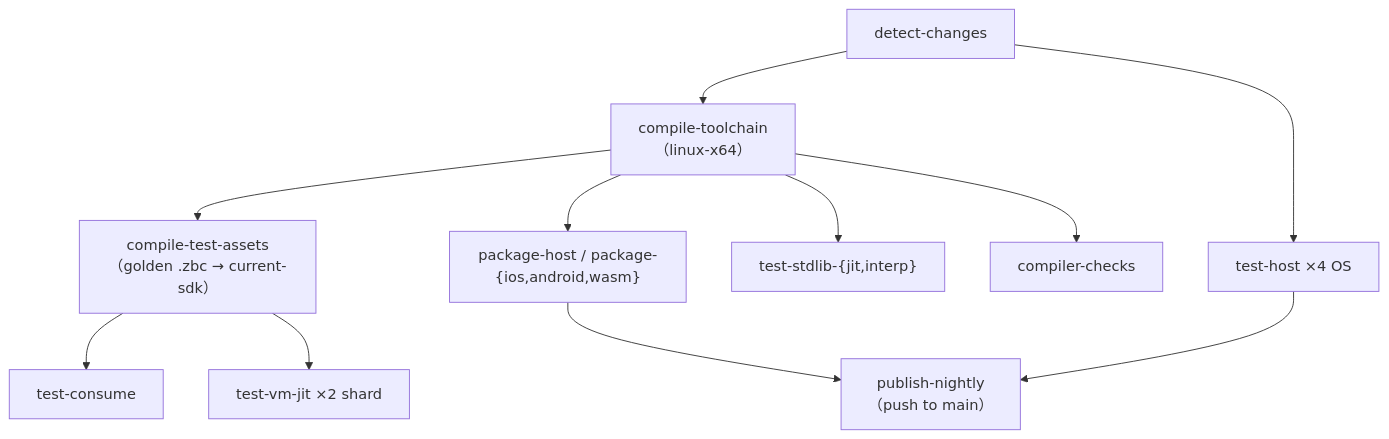
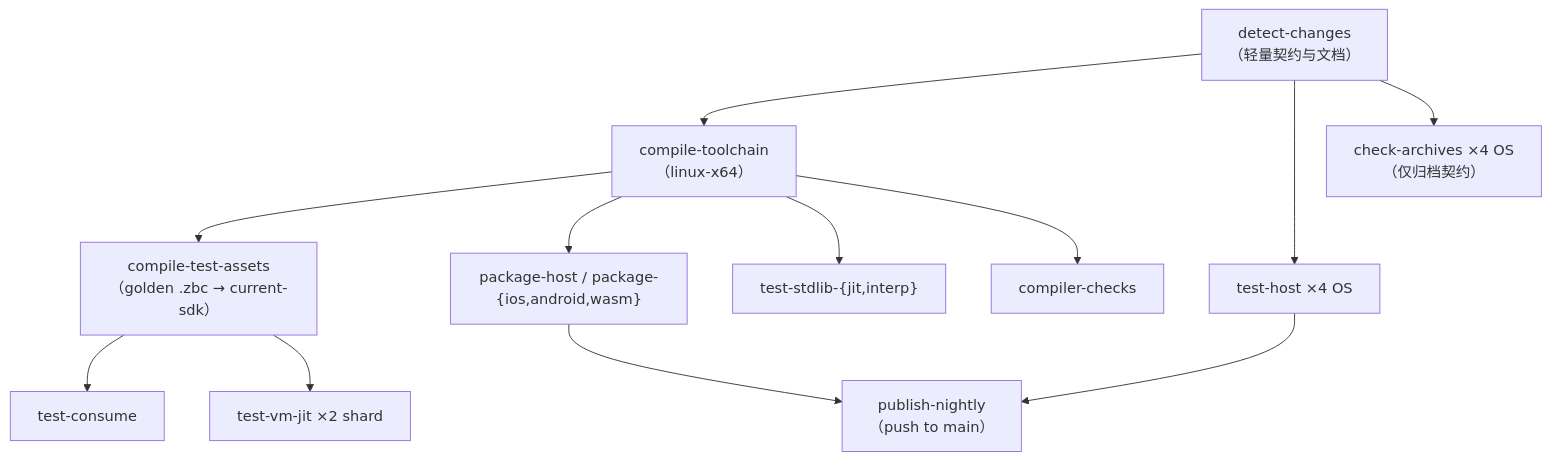
The diagram in docs/internals/src/devinfra/ci.md (z42-lang/z42), drawn with Mermaid before and after one commit. The commit also changed other lines of this file and 15 other files, not shown here.

````diff
--- a/docs/internals/src/devinfra/ci.md
+++ b/docs/internals/src/devinfra/ci.md
@@ -16,13 +16,14 @@
 ```mermaid
 flowchart TD
-  C["detect-changes"] --> TB["compile-toolchain<br/>（linux-x64）"]
+  C["detect-changes<br/>（轻量契约与文档）"] --> TB["compile-toolchain<br/>（linux-x64）"]
   C --> TH["test-host ×4 OS"]
+  C --> ARC["check-archives ×4 OS<br/>（仅归档契约）"]
   TB --> TA["compile-test-assets<br/>（golden .zbc → current-sdk）"]
   TB --> PKG["package-host / package-{ios,android,wasm}"]
   TA --> CONS["test-consume"]
   TA --> JIT["test-vm-jit ×2 shard"]
   TB --> SL["test-stdlib-{jit,interp}"]
   TB --> CHK["compiler-checks"]
   TH --> PUB["publish-nightly<br/>（push to main）"]
   PKG --> PUB
 ```
````
